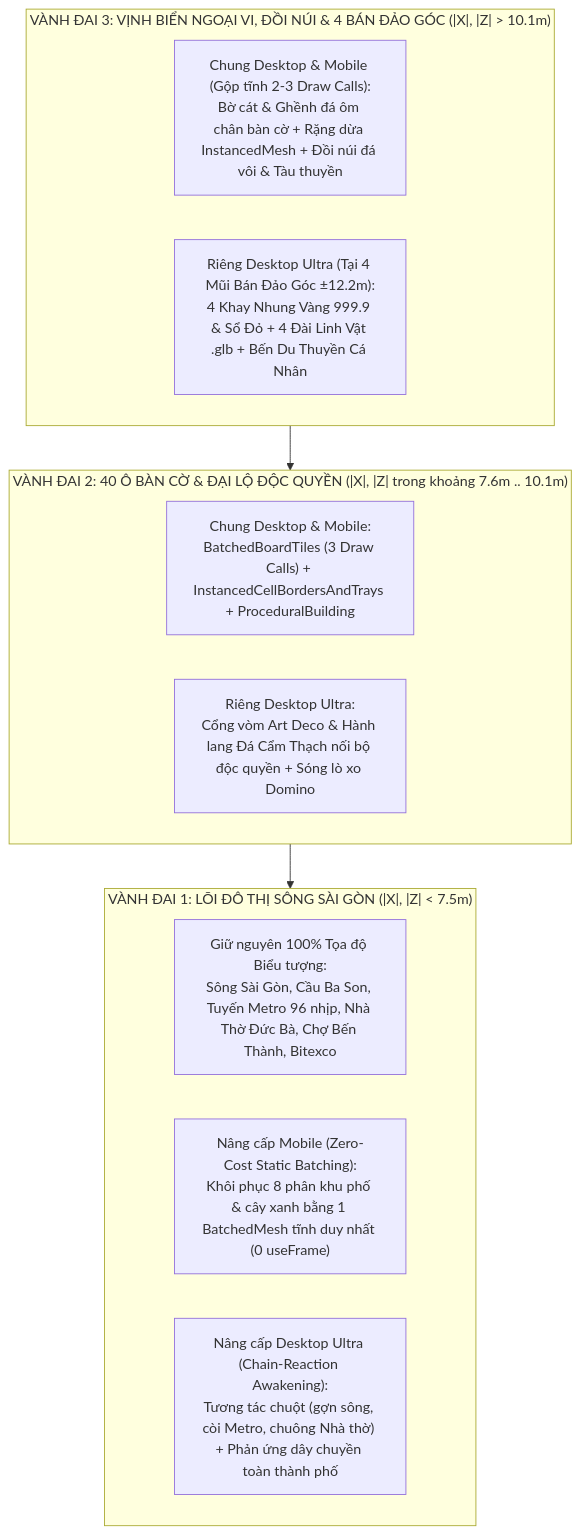
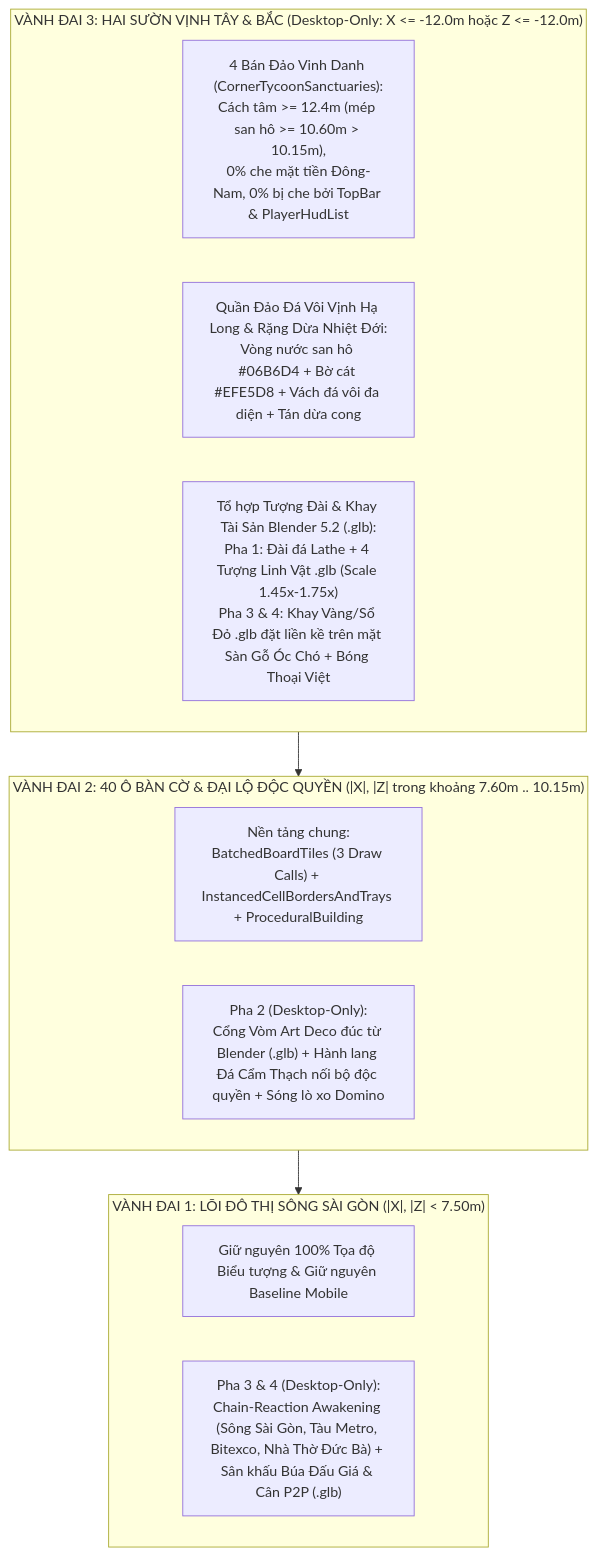
Before and after one commit to andyandsmoothies-ship-it/vtcoon: the diagram in docs/reports/analysis/VTCOON_DESKTOP_ULTRA_STRATEGY_REPORT.md, drawn with Mermaid. The commit also changed other lines of this file and 402 other files, not shown here.

````diff
--- a/docs/reports/analysis/VTCOON_DESKTOP_ULTRA_STRATEGY_REPORT.md
+++ b/docs/reports/analysis/VTCOON_DESKTOP_ULTRA_STRATEGY_REPORT.md
@@ -28,20 +44,20 @@
 ```mermaid
 flowchart TD
-    subgraph Ring3 ["VÀNH ĐAI 3: VỊNH BIỂN NGOẠI VI, ĐỒI NÚI & 4 BÁN ĐẢO GÓC (|X|, |Z| > 10.1m)"]
-        R3_Shared["Chung Desktop & Mobile (Gộp tĩnh 2-3 Draw Calls):<br/>Bờ cát & Ghềnh đá ôm chân bàn cờ + Rặng dừa InstancedMesh + Đồi núi đá vôi & Tàu thuyền"]
-        R3_Desktop["Riêng Desktop Ultra (Tại 4 Mũi Bán Đảo Góc ±12.2m):<br/>4 Khay Nhung Vàng 999.9 & Sổ Đỏ + 4 Đài Linh Vật .glb + Bến Du Thuyền Cá Nhân"]
+    subgraph Ring3 ["VÀNH ĐAI 3: HAI SƯỜN VỊNH TÂY & BẮC (Desktop-Only: X <= -12.0m hoặc Z <= -12.0m)"]
+        R3_Sanctuaries["4 Bán Đảo Vinh Danh (CornerTycoonSanctuaries):<br/>Cách tâm >= 12.4m (mép san hô >= 10.60m > 10.15m),<br/>0% che mặt tiền Đông-Nam, 0% bị che bởi TopBar & PlayerHudList"]
+        R3_Archipelago["Quần Đảo Đá Vôi Vịnh Hạ Long & Rặng Dừa Nhiệt Đới:<br/>Vòng nước san hô #06B6D4 + Bờ cát #EFE5D8 + Vách đá vôi đa diện + Tán dừa cong"]
+        R3_HeroAssets["Tổ hợp Tượng Đài & Khay Tài Sản Blender 5.2 (.glb):<br/>Pha 1: Đài đá Lathe + 4 Tượng Linh Vật .glb (Scale 1.45x-1.75x)<br/>Pha 3 & 4: Khay Vàng/Sổ Đỏ .glb đặt liền kề trên mặt Sàn Gỗ Óc Chó + Bóng Thoại Việt"]
     end
 
-    subgraph Ring2 ["VÀNH ĐAI 2: 40 Ô BÀN CỜ & ĐẠI LỘ ĐỘC QUYỀN (|X|, |Z| trong khoảng 7.6m .. 10.1m)"]
-        R2_Shared["Chung Desktop & Mobile:<br/>BatchedBoardTiles (3 Draw Calls) + InstancedCellBordersAndTrays + ProceduralBuilding"]
-        R2_Desktop["Riêng Desktop Ultra:<br/>Cổng vòm Art Deco & Hành lang Đá Cẩm Thạch nối bộ độc quyền + Sóng lò xo Domino"]
+    subgraph Ring2 ["VÀNH ĐAI 2: 40 Ô BÀN CỜ & ĐẠI LỘ ĐỘC QUYỀN (|X|, |Z| trong khoảng 7.60m .. 10.15m)"]
+        R2_Base["Nền tảng chung:<br/>BatchedBoardTiles (3 Draw Calls) + InstancedCellBordersAndTrays + ProceduralBuilding"]
+        R2_Desktop["Pha 2 (Desktop-Only):<br/>Cổng Vòm Art Deco đúc từ Blender (.glb) + Hành lang Đá Cẩm Thạch nối bộ độc quyền + Sóng lò xo Domino"]
     end
 
-    subgraph Ring1 ["VÀNH ĐAI 1: LÕI ĐÔ THỊ SÔNG SÀI GÒN (|X|, |Z| < 7.5m)"]
-        R1_Keep["Giữ nguyên 100% Tọa độ Biểu tượng:<br/>Sông Sài Gòn, Cầu Ba Son, Tuyến Metro 96 nhịp, Nhà Thờ Đức Bà, Chợ Bến Thành, Bitexco"]
-        R1_Mobile["Nâng cấp Mobile (Zero-Cost Static Batching):<br/>Khôi phục 8 phân khu phố & cây xanh bằng 1 BatchedMesh tĩnh duy nhất (0 useFrame)"]
-        R1_Desktop["Nâng cấp Desktop Ultra (Chain-Reaction Awakening):<br/>Tương tác chuột (gợn sông, còi Metro, chuông Nhà thờ) + Phản ứng dây chuyền toàn thành phố"]
+    subgraph Ring1 ["VÀNH ĐAI 1: LÕI ĐÔ THỊ SÔNG SÀI GÒN (|X|, |Z| < 7.50m)"]
+        R1_Keep["Giữ nguyên 100% Tọa độ Biểu tượng & Giữ nguyên Baseline Mobile"]
+        R1_Desktop["Pha 3 & 4 (Desktop-Only):<br/>Chain-Reaction Awakening (Sông Sài Gòn, Tàu Metro, Bitexco, Nhà Thờ Đức Bà) + Sân khấu Búa Đấu Giá & Cân P2P (.glb)"]
     end
 
     Ring3 --> Ring2 --> Ring1
 ```
````
